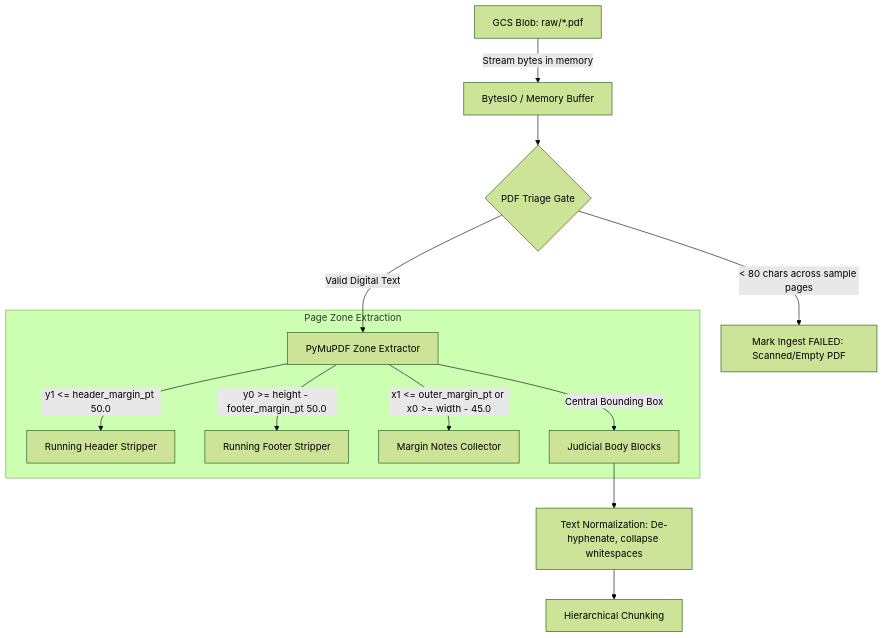
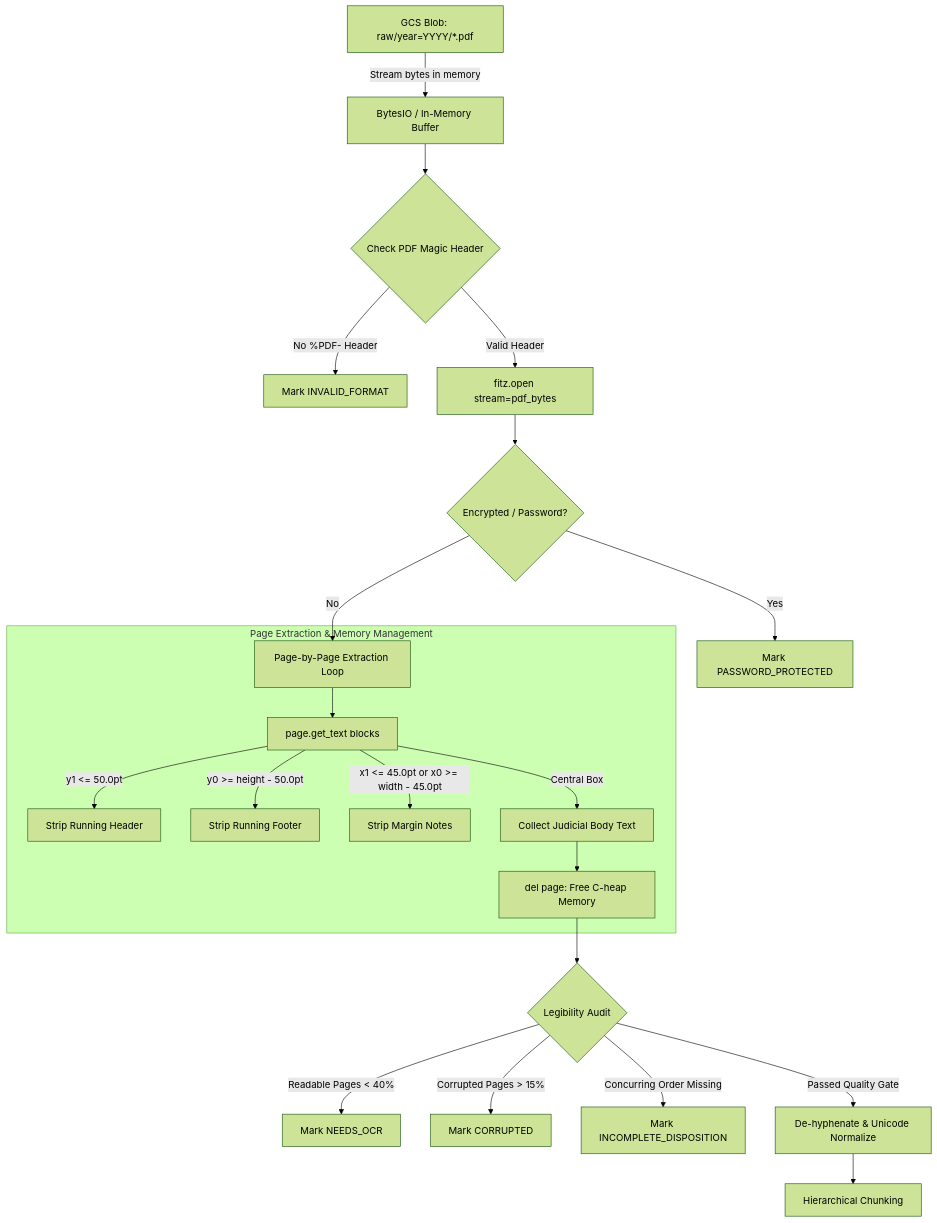
One commit to Kedarlimbalkar/sc-judgments-rag-TRIAL changed the second of 3 diagrams in README.md. Above: the diagram before and after it, drawn with Mermaid (forest theme). The commit also changed other lines of this file, not shown here.

Commit message:
docs(readme): add comprehensive Mermaid architecture diagram, Option 3 requirements, and 14 problems faced and solved

````diff
--- a/README.md
+++ b/README.md
@@ -89,17 +170,26 @@
 ```mermaid
 flowchart TD
-    GCS[GCS Blob: raw/*.pdf] -->|Stream bytes in memory| MEM[BytesIO / Memory Buffer]
-    MEM --> TRIAGE{PDF Triage Gate}
-    TRIAGE -->|< 80 chars across sample pages| REJECT[Mark Ingest FAILED: Scanned/Empty PDF]
-    TRIAGE -->|Valid Digital Text| ZONE[PyMuPDF Zone Extractor]
+    GCS[GCS Blob: raw/year=YYYY/*.pdf] -->|Stream bytes in memory| MEM[BytesIO / In-Memory Buffer]
+    MEM --> MAGIC{Check PDF Magic Header}
+    MAGIC -->|No %PDF- Header| INVALID[Mark INVALID_FORMAT]
+    MAGIC -->|Valid Header| FITZ[fitz.open stream=pdf_bytes]
+    FITZ --> PASS{Encrypted / Password?}
+    PASS -->|Yes| REJECT_PASS[Mark PASSWORD_PROTECTED]
+    PASS -->|No| LOOP[Page-by-Page Extraction Loop]
 
-    subgraph Page Zone Extraction
-        ZONE -->|y1 <= header_margin_pt 50.0| HDR[Running Header Stripper]
-        ZONE -->|y0 >= height - footer_margin_pt 50.0| FTR[Running Footer Stripper]
-        ZONE -->|x1 <= outer_margin_pt or x0 >= width - 45.0| MRG[Margin Notes Collector]
-        ZONE -->|Central Bounding Box| BODY[Judicial Body Blocks]
+    subgraph Page Extraction & Memory Management
+        LOOP --> BLOCK[page.get_text blocks]
+        BLOCK -->|y1 <= 50.0pt| HDR[Strip Running Header]
+        BLOCK -->|y0 >= height - 50.0pt| FTR[Strip Running Footer]
+        BLOCK -->|x1 <= 45.0pt or x0 >= width - 45.0pt| MRG[Strip Margin Notes]
+        BLOCK -->|Central Box| BODY[Collect Judicial Body Text]
+        BODY --> DEL_PAGE[del page: Free C-heap Memory]
     end
 
-    BODY --> CLEAN[Text Normalization: De-hyphenate, collapse whitespaces]
+    DEL_PAGE --> AUDIT{Legibility Audit}
+    AUDIT -->|Readable Pages < 40%| OCR[Mark NEEDS_OCR]
+    AUDIT -->|Corrupted Pages > 15%| CORRUPT[Mark CORRUPTED]
+    AUDIT -->|Concurring Order Missing| DISPO[Mark INCOMPLETE_DISPOSITION]
+    AUDIT -->|Passed Quality Gate| CLEAN[De-hyphenate & Unicode Normalize]
     CLEAN --> SEGMENT[Hierarchical Chunking]
 ```
````
